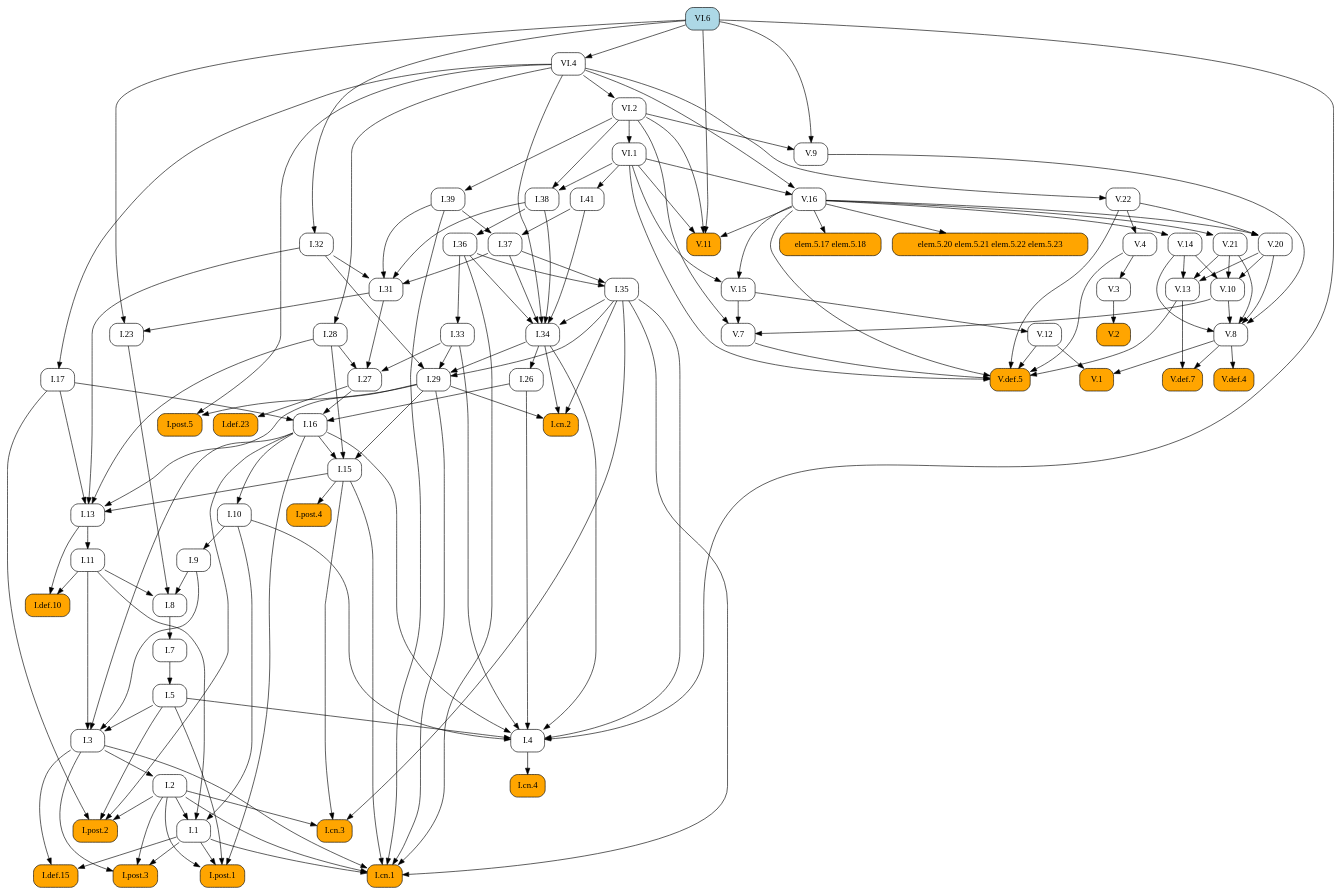
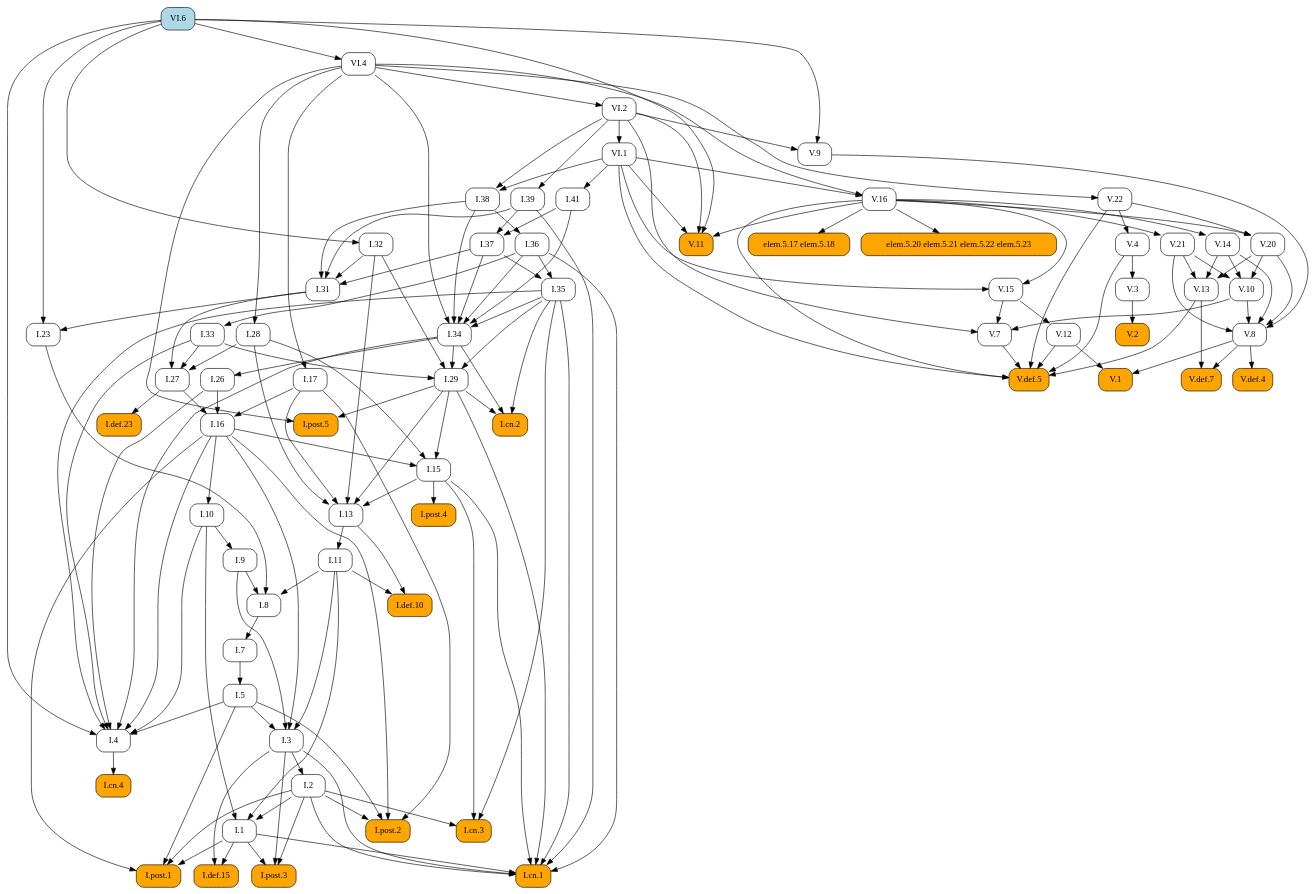
The diagram in docsrc/elements2/VI/6/index.rst (geometor/elements), drawn with Graphviz before and after one commit. The commit also changed other lines of this file and 409 other files, not shown here.

First line of the commit message:
feat: Add image cropping and graphic extraction script

```diff
--- a/docsrc/elements2/VI/6/index.rst
+++ b/docsrc/elements2/VI/6/index.rst
@@ -75,79 +75,104 @@
    digraph {
      rankdir="TB";
      node [shape=box, style=rounded];
+     "I.31" [URL="/elements2/I/31/", target="_top"];
+     "I.41" [URL="/elements2/I/41/", target="_top"];
      "I.8" [URL="/elements2/I/8/", target="_top"];
+     "V.10" [URL="/elements2/V/10/", target="_top"];
+     "V.8" [URL="/elements2/V/8/", target="_top"];
+     "I.15" [URL="/elements2/I/15/", target="_top"];
+     "VI.1" [URL="/elements2/VI/1/", target="_top"];
+     "I.26" [URL="/elements2/I/26/", target="_top"];
+     "I.cn.1" [style="rounded,filled", fillcolor=orange, URL="/elements2/I/cn.1/", target="_top"];
+     "elem.5.20 elem.5.21 elem.5.22 elem.5.23" [style="rounded,filled", fillcolor=orange];
+     "I.28" [URL="/elements2/I/28/", target="_top"];
+     "V.def.5" [style="rounded,filled", fillcolor=orange, URL="/elements2/V/def.5/", target="_top"];
+     "I.16" [URL="/elements2/I/16/", target="_top"];
+     "I.35" [URL="/elements2/I/35/", target="_top"];
+     "I.34" [URL="/elements2/I/34/", target="_top"];
+     "VI.4" [URL="/elements2/VI/4/", target="_top"];
+     "I.33" [URL="/elements2/I/33/", target="_top"];
+     "V.15" [URL="/elements2/V/15/", target="_top"];
+     "V.4" [URL="/elements2/V/4/", target="_top"];
+     "V.14" [URL="/elements2/V/14/", target="_top"];
+     "elem.5.17 elem.5.18" [style="rounded,filled", fillcolor=orange];
+     "V.3" [URL="/elements2/V/3/", target="_top"];
+     "I.def.15" [style="rounded,filled", fillcolor=orange, URL="/elements2/I/def.15/", target="_top"];
+     "I.11" [URL="/elements2/I/11/", target="_top"];
+     "V.11" [style="rounded,filled", fillcolor=orange, URL="/elements2/V/11/", target="_top"];
+     "I.cn.3" [style="rounded,filled", fillcolor=orange, URL="/elements2/I/cn.3/", target="_top"];
+     "I.9" [URL="/elements2/I/9/", target="_top"];
+     "I.29" [URL="/elements2/I/29/", target="_top"];
+     "V.13" [URL="/elements2/V/13/", target="_top"];
+     "I.36" [URL="/elements2/I/36/", target="_top"];
+     "I.post.1" [style="rounded,filled", fillcolor=orange, URL="/elements2/I/post.1/", target="_top"];
+     "V.def.4" [style="rounded,filled", fillcolor=orange, URL="/elements2/V/def.4/", target="_top"];
+     "VI.2" [URL="/elements2/VI/2/", target="_top"];
+     "I.27" [URL="/elements2/I/27/", target="_top"];
+     "V.1" [style="rounded,filled", fillcolor=orange, URL="/elements2/V/1/", target="_top"];
+     "I.cn.4" [style="rounded,filled", fillcolor=orange, URL="/elements2/I/cn.4/", target="_top"];
+     "I.post.4" [style="rounded,filled", fillcolor=orange, URL="/elements2/I/post.4/", target="_top"];
+     "I.cn.2" [style="rounded,filled", fillcolor=orange, URL="/elements2/I/cn.2/", target="_top"];
+     "V.7" [URL="/elements2/V/7/", target="_top"];
+     "I.37" [URL="/elements2/I/37/", target="_top"];
+     "V.21" [URL="/elements2/V/21/", target="_top"];
+     "I.5" [URL="/elements2/I/5/", target="_top"];
+     "V.def.7" [style="rounded,filled", fillcolor=orange, URL="/elements2/V/def.7/", target="_top"];
+     "I.17" [URL="/elements2/I/17/", target="_top"];
+     "V.12" [URL="/elements2/V/12/", target="_top"];
+     "I.32" [URL="/elements2/I/32/", target="_top"];
+     "I.7" [URL="/elements2/I/7/", target="_top"];
+     "I.23" [URL="/elements2/I/23/", target="_top"];
+     "V.9" [URL="/elements2/V/9/", target="_top"];
+     "VI.6" [style="rounded,filled", fillcolor=lightblue, URL="/elements2/VI/6/", target="_top"];
+     "V.2" [style="rounded,filled", fillcolor=orange, URL="/elements2/V/2/", target="_top"];
+     "I.38" [URL="/elements2/I/38/", target="_top"];
+     "I.def.10" [style="rounded,filled", fillcolor=orange, URL="/elements2/I/def.10/", target="_top"];
      "V.20" [URL="/elements2/V/20/", target="_top"];
-     "I.36" [URL="/elements2/I/36/", target="_top"];
-     "V.def.5" [style="rounded,filled", fillcolor=orange, URL="/elements2/V/def.5/", target="_top"];
-     "I.38" [URL="/elements2/I/38/", target="_top"];
+     "I.def.23" [style="rounded,filled", fillcolor=orange, URL="/elements2/I/def.23/", target="_top"];
+     "V.16" [URL="/elements2/V/16/", target="_top"];
      "I.post.5" [style="rounded,filled", fillcolor=orange, URL="/elements2/I/post.5/", target="_top"];
-     "I.def.10" [style="rounded,filled", fillcolor=orange, URL="/elements2/I/def.10/", target="_top"];
-     "I.cn.2" [style="rounded,filled", fillcolor=orange, URL="/elements2/I/cn.2/", target="_top"];
-     "I.31" [URL="/elements2/I/31/", target="_top"];
+     "I.3" [URL="/elements2/I/3/", target="_top"];
+     "I.10" [URL="/elements2/I/10/", target="_top"];
+     "I.13" [URL="/elements2/I/13/", target="_top"];
+     "I.4" [URL="/elements2/I/4/", target="_top"];
+     "I.post.3" [style="rounded,filled", fillcolor=orange, URL="/elements2/I/post.3/", target="_top"];
+     "I.39" [URL="/elements2/I/39/", target="_top"];
+     "I.2" [URL="/elements2/I/2/", target="_top"];
+     "I.1" [URL="/elements2/I/1/", target="_top"];
      "I.post.2" [style="rounded,filled", fillcolor=orange, URL="/elements2/I/post.2/", target="_top"];
-     "I.def.23" [style="rounded,filled", fillcolor=orange, URL="/elements2/I/def.23/", target="_top"];
-     "I.26" [URL="/elements2/I/26/", target="_top"];
-     "V.3" [URL="/elements2/V/3/", target="_top"];
-     "I.cn.3" [style="rounded,filled", fillcolor=orange, URL="/elements2/I/cn.3/", target="_top"];
-     "V.2" [style="rounded,filled", fillcolor=orange, URL="/elements2/V/2/", target="_top"];
-     "V.12" [URL="/elements2/V/12/", target="_top"];
      "V.22" [URL="/elements2/V/22/", target="_top"];
-     "I.41" [URL="/elements2/I/41/", target="_top"];
-     "I.35" [URL="/elements2/I/35/", target="_top"];
-     "I.28" [URL="/elements2/I/28/", target="_top"];
-     "I.27" [URL="/elements2/I/27/", target="_top"];
-     "I.4" [URL="/elements2/I/4/", target="_top"];
-     "V.8" [URL="/elements2/V/8/", target="_top"];
-     "VI.2" [URL="/elements2/VI/2/", target="_top"];
-     "I.39" [URL="/elements2/I/39/", target="_top"];
-     "I.15" [URL="/elements2/I/15/", target="_top"];
-     "I.34" [URL="/elements2/I/34/", target="_top"];
-     "I.post.3" [style="rounded,filled", fillcolor=orange, URL="/elements2/I/post.3/", target="_top"];
-     "I.32" [URL="/elements2/I/32/", target="_top"];
-     "V.def.4" [style="rounded,filled", fillcolor=orange, URL="/elements2/V/def.4/", target="_top"];
-     "I.post.1" [style="rounded,filled", fillcolor=orange, URL="/elements2/I/post.1/", target="_top"];
-     "I.33" [URL="/elements2/I/33/", target="_top"];
-     "I.5" [URL="/elements2/I/5/", target="_top"];
-     "elem.5.17 elem.5.18" [style="rounded,filled", fillcolor=orange];
-     "VI.1" [URL="/elements2/VI/1/", target="_top"];
-     "V.11" [style="rounded,filled", fillcolor=orange, URL="/elements2/V/11/", target="_top"];
-     "V.13" [URL="/elements2/V/13/", target="_top"];
-     "V.9" [URL="/elements2/V/9/", target="_top"];
-     "V.16" [URL="/elements2/V/16/", target="_top"];
-     "I.def.15" [style="rounded,filled", fillcolor=orange, URL="/elements2/I/def.15/", target="_top"];
-     "V.15" [URL="/elements2/V/15/", target="_top"];
-     "I.11" [URL="/elements2/I/11/", target="_top"];
-     "I.3" [URL="/elements2/I/3/", target="_top"];
-     "V.14" [URL="/elements2/V/14/", target="_top"];
-     "VI.4" [URL="/elements2/VI/4/", target="_top"];
-     "V.10" [URL="/elements2/V/10/", target="_top"];
-     "I.1" [URL="/elements2/I/1/", target="_top"];
-     "I.cn.4" [style="rounded,filled", fillcolor=orange, URL="/elements2/I/cn.4/", target="_top"];
-     "I.23" [URL="/elements2/I/23/", target="_top"];
-     "I.7" [URL="/elements2/I/7/", target="_top"];
-     "I.17" [URL="/elements2/I/17/", target="_top"];
-     "VI.6" [style="rounded,filled", fillcolor=lightblue, URL="/elements2/VI/6/", target="_top"];
-     "I.9" [URL="/elements2/I/9/", target="_top"];
-     "V.1" [style="rounded,filled", fillcolor=orange, URL="/elements2/V/1/", target="_top"];
-     "I.cn.1" [style="rounded,filled", fillcolor=orange, URL="/elements2/I/cn.1/", target="_top"];
-     "I.29" [URL="/elements2/I/29/", target="_top"];
-     "I.16" [URL="/elements2/I/16/", target="_top"];
-     "V.21" [URL="/elements2/V/21/", target="_top"];
-     "I.13" [URL="/elements2/I/13/", target="_top"];
-     "elem.5.20 elem.5.21 elem.5.22 elem.5.23" [style="rounded,filled", fillcolor=orange];
-     "V.7" [URL="/elements2/V/7/", target="_top"];
-     "I.post.4" [style="rounded,filled", fillcolor=orange, URL="/elements2/I/post.4/", target="_top"];
-     "I.2" [URL="/elements2/I/2/", target="_top"];
-     "I.37" [URL="/elements2/I/37/", target="_top"];
-     "I.10" [URL="/elements2/I/10/", target="_top"];
-     "V.def.7" [style="rounded,filled", fillcolor=orange, URL="/elements2/V/def.7/", target="_top"];
-     "V.4" [URL="/elements2/V/4/", target="_top"];
+     "I.32" -> "I.31";
+     "I.37" -> "I.31";
+     "I.38" -> "I.31";
+     "I.39" -> "I.31";
+     "VI.1" -> "I.41";
      "I.9" -> "I.8";
      "I.11" -> "I.8";
      "I.23" -> "I.8";
-     "V.16" -> "V.20";
-     "V.22" -> "V.20";
-     "I.38" -> "I.36";
+     "V.14" -> "V.10";
+     "V.20" -> "V.10";
+     "V.21" -> "V.10";
+     "V.9" -> "V.8";
+     "V.10" -> "V.8";
+     "V.14" -> "V.8";
+     "V.20" -> "V.8";
+     "V.21" -> "V.8";
+     "I.16" -> "I.15";
+     "I.28" -> "I.15";
+     "I.29" -> "I.15";
+     "VI.2" -> "VI.1";
+     "I.34" -> "I.26";
+     "I.1" -> "I.cn.1";
+     "I.2" -> "I.cn.1";
+     "I.3" -> "I.cn.1";
+     "I.15" -> "I.cn.1";
+     "I.29" -> "I.cn.1";
+     "I.35" -> "I.cn.1";
+     "I.36" -> "I.cn.1";
+     "I.39" -> "I.cn.1";
+     "V.16" -> "elem.5.20 elem.5.21 elem.5.22 elem.5.23";
+     "VI.4" -> "I.28";
      "V.4" -> "V.def.5";
      "V.7" -> "V.def.5";
      "V.12" -> "V.def.5";
@@ -155,39 +180,99 @@
      "V.16" -> "V.def.5";
      "V.22" -> "V.def.5";
      "VI.1" -> "V.def.5";
-     "VI.1" -> "I.38";
-     "VI.2" -> "I.38";
-     "I.29" -> "I.post.5";
-     "VI.4" -> "I.post.5";
-     "I.11" -> "I.def.10";
-     "I.13" -> "I.def.10";
+     "I.17" -> "I.16";
+     "I.26" -> "I.16";
+     "I.27" -> "I.16";
+     "I.36" -> "I.35";
+     "I.37" -> "I.35";
+     "I.35" -> "I.34";
+     "I.36" -> "I.34";
+     "I.37" -> "I.34";
+     "I.38" -> "I.34";
+     "I.41" -> "I.34";
+     "VI.4" -> "I.34";
+     "VI.6" -> "VI.4";
+     "I.36" -> "I.33";
+     "V.16" -> "V.15";
+     "VI.1" -> "V.15";
+     "V.22" -> "V.4";
+     "V.16" -> "V.14";
+     "V.16" -> "elem.5.17 elem.5.18";
+     "V.4" -> "V.3";
+     "I.1" -> "I.def.15";
+     "I.3" -> "I.def.15";
+     "I.13" -> "I.11";
+     "V.16" -> "V.11";
+     "VI.1" -> "V.11";
+     "VI.2" -> "V.11";
+     "VI.6" -> "V.11";
+     "I.2" -> "I.cn.3";
+     "I.15" -> "I.cn.3";
+     "I.35" -> "I.cn.3";
+     "I.10" -> "I.9";
+     "I.32" -> "I.29";
+     "I.33" -> "I.29";
+     "I.34" -> "I.29";
+     "I.35" -> "I.29";
+     "V.14" -> "V.13";
+     "V.20" -> "V.13";
+     "V.21" -> "V.13";
+     "I.38" -> "I.36";
+     "I.1" -> "I.post.1";
+     "I.2" -> "I.post.1";
+     "I.5" -> "I.post.1";
+     "I.16" -> "I.post.1";
+     "V.8" -> "V.def.4";
+     "VI.4" -> "VI.2";
+     "I.28" -> "I.27";
+     "I.31" -> "I.27";
+     "I.33" -> "I.27";
+     "V.8" -> "V.1";
+     "V.12" -> "V.1";
+     "I.4" -> "I.cn.4";
+     "I.15" -> "I.post.4";
      "I.29" -> "I.cn.2";
      "I.34" -> "I.cn.2";
      "I.35" -> "I.cn.2";
-     "I.32" -> "I.31";
-     "I.37" -> "I.31";
-     "I.38" -> "I.31";
-     "I.39" -> "I.31";
-     "I.2" -> "I.post.2";
-     "I.5" -> "I.post.2";
-     "I.16" -> "I.post.2";
-     "I.17" -> "I.post.2";
+     "V.10" -> "V.7";
+     "V.15" -> "V.7";
+     "VI.2" -> "V.7";
+     "I.39" -> "I.37";
+     "I.41" -> "I.37";
+     "V.16" -> "V.21";
+     "I.7" -> "I.5";
+     "V.8" -> "V.def.7";
+     "V.13" -> "V.def.7";
+     "VI.4" -> "I.17";
+     "V.15" -> "V.12";
+     "VI.6" -> "I.32";
+     "I.8" -> "I.7";
+     "I.31" -> "I.23";
+     "VI.6" -> "I.23";
+     "VI.2" -> "V.9";
+     "VI.6" -> "V.9";
+     "V.3" -> "V.2";
+     "VI.1" -> "I.38";
+     "VI.2" -> "I.38";
+     "I.11" -> "I.def.10";
+     "I.13" -> "I.def.10";
+     "V.16" -> "V.20";
+     "V.22" -> "V.20";
      "I.27" -> "I.def.23";
-     "I.34" -> "I.26";
-     "V.4" -> "V.3";
-     "I.2" -> "I.cn.3";
-     "I.15" -> "I.cn.3";
-     "I.35" -> "I.cn.3";
-     "V.3" -> "V.2";
-     "V.15" -> "V.12";
-     "VI.4" -> "V.22";
-     "VI.1" -> "I.41";
-     "I.36" -> "I.35";
-     "I.37" -> "I.35";
-     "VI.4" -> "I.28";
-     "I.28" -> "I.27";
-     "I.31" -> "I.27";
-     "I.33" -> "I.27";
+     "VI.1" -> "V.16";
+     "VI.4" -> "V.16";
+     "I.29" -> "I.post.5";
+     "VI.4" -> "I.post.5";
+     "I.5" -> "I.3";
+     "I.9" -> "I.3";
+     "I.11" -> "I.3";
+     "I.16" -> "I.3";
+     "I.16" -> "I.10";
+     "I.15" -> "I.13";
+     "I.17" -> "I.13";
+     "I.28" -> "I.13";
+     "I.29" -> "I.13";
+     "I.32" -> "I.13";
      "I.5" -> "I.4";
      "I.10" -> "I.4";
      "I.16" -> "I.4";
@@ -196,102 +281,17 @@
      "I.34" -> "I.4";
      "I.35" -> "I.4";
      "VI.6" -> "I.4";
-     "V.9" -> "V.8";
-     "V.10" -> "V.8";
-     "V.14" -> "V.8";
-     "V.20" -> "V.8";
-     "V.21" -> "V.8";
-     "VI.4" -> "VI.2";
-     "VI.2" -> "I.39";
-     "I.16" -> "I.15";
-     "I.28" -> "I.15";
-     "I.29" -> "I.15";
-     "I.35" -> "I.34";
-     "I.36" -> "I.34";
-     "I.37" -> "I.34";
-     "I.38" -> "I.34";
-     "I.41" -> "I.34";
-     "VI.4" -> "I.34";
      "I.1" -> "I.post.3";
      "I.2" -> "I.post.3";
      "I.3" -> "I.post.3";
-     "VI.6" -> "I.32";
-     "V.8" -> "V.def.4";
-     "I.1" -> "I.post.1";
-     "I.2" -> "I.post.1";
-     "I.5" -> "I.post.1";
-     "I.16" -> "I.post.1";
-     "I.36" -> "I.33";
-     "I.7" -> "I.5";
-     "V.16" -> "elem.5.17 elem.5.18";
-     "VI.2" -> "VI.1";
-     "V.16" -> "V.11";
-     "VI.1" -> "V.11";
-     "VI.2" -> "V.11";
-     "VI.6" -> "V.11";
-     "V.14" -> "V.13";
-     "V.20" -> "V.13";
-     "V.21" -> "V.13";
-     "VI.2" -> "V.9";
-     "VI.6" -> "V.9";
-     "VI.1" -> "V.16";
-     "VI.4" -> "V.16";
-     "I.1" -> "I.def.15";
-     "I.3" -> "I.def.15";
-     "V.16" -> "V.15";
-     "VI.1" -> "V.15";
-     "I.13" -> "I.11";
-     "I.5" -> "I.3";
-     "I.9" -> "I.3";
-     "I.11" -> "I.3";
-     "I.16" -> "I.3";
-     "V.16" -> "V.14";
-     "VI.6" -> "VI.4";
-     "V.14" -> "V.10";
-     "V.20" -> "V.10";
-     "V.21" -> "V.10";
+     "VI.2" -> "I.39";
+     "I.3" -> "I.2";
      "I.2" -> "I.1";
      "I.10" -> "I.1";
      "I.11" -> "I.1";
-     "I.4" -> "I.cn.4";
-     "I.31" -> "I.23";
-     "VI.6" -> "I.23";
-     "I.8" -> "I.7";
-     "VI.4" -> "I.17";
-     "I.10" -> "I.9";
-     "V.8" -> "V.1";
-     "V.12" -> "V.1";
-     "I.1" -> "I.cn.1";
-     "I.2" -> "I.cn.1";
-     "I.3" -> "I.cn.1";
-     "I.15" -> "I.cn.1";
-     "I.29" -> "I.cn.1";
-     "I.35" -> "I.cn.1";
-     "I.36" -> "I.cn.1";
-     "I.39" -> "I.cn.1";
-     "I.32" -> "I.29";
-     "I.33" -> "I.29";
-     "I.34" -> "I.29";
-     "I.35" -> "I.29";
-     "I.17" -> "I.16";
-     "I.26" -> "I.16";
-     "I.27" -> "I.16";
-     "V.16" -> "V.21";
-     "I.15" -> "I.13";
-     "I.17" -> "I.13";
-     "I.28" -> "I.13";
-     "I.29" -> "I.13";
-     "I.32" -> "I.13";
-     "V.16" -> "elem.5.20 elem.5.21 elem.5.22 elem.5.23";
-     "V.10" -> "V.7";
-     "V.15" -> "V.7";
-     "VI.2" -> "V.7";
-     "I.15" -> "I.post.4";
-     "I.3" -> "I.2";
-     "I.39" -> "I.37";
-     "I.41" -> "I.37";
-     "I.16" -> "I.10";
-     "V.8" -> "V.def.7";
-     "V.13" -> "V.def.7";
-     "V.22" -> "V.4";
+     "I.2" -> "I.post.2";
+     "I.5" -> "I.post.2";
+     "I.16" -> "I.post.2";
+     "I.17" -> "I.post.2";
+     "VI.4" -> "V.22";
    }
```
